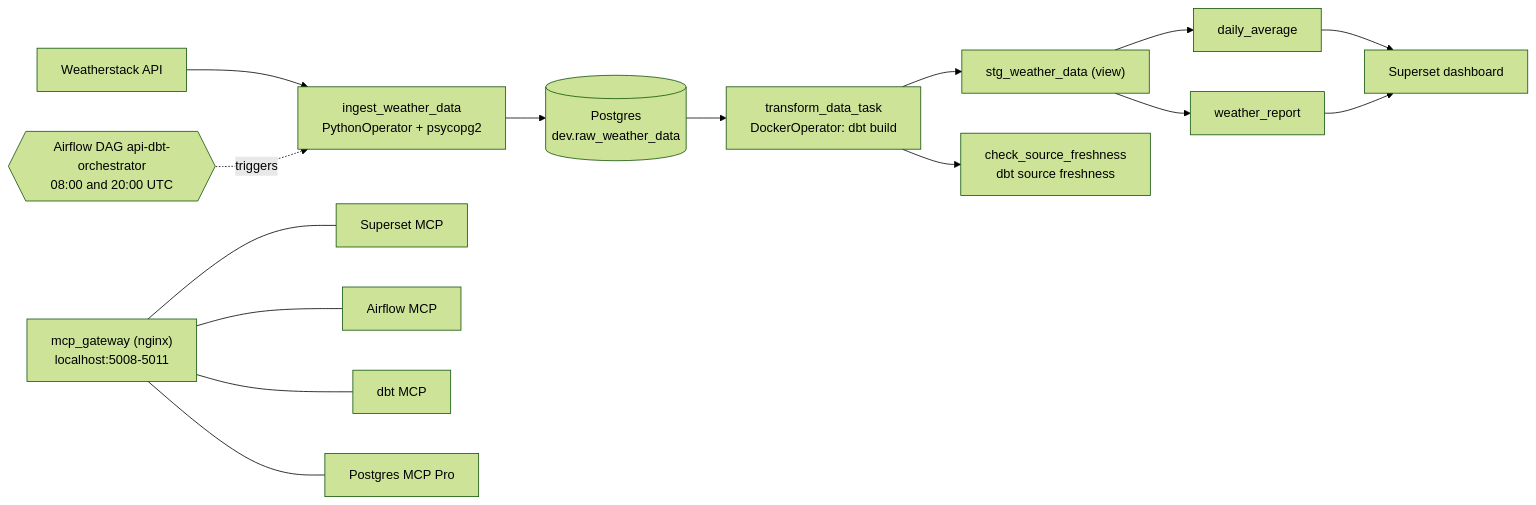
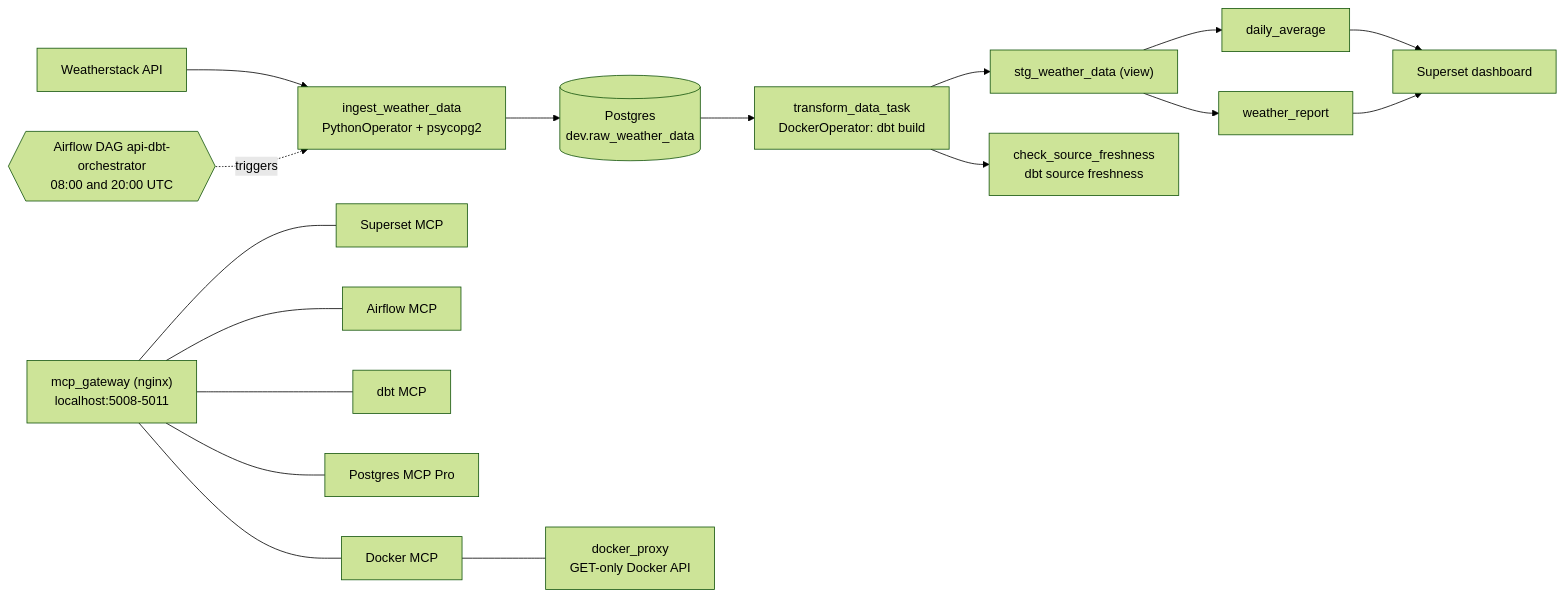
The diagram in README.md (henrymarinho90/weather-data-project), drawn with Mermaid (forest theme) before and after one commit. The commit also changed other lines of this file and 9 other files, not shown here.

First line of the commit message:
Add read-only, project-scoped Docker MCP server

````diff
--- a/README.md
+++ b/README.md
@@ -11,17 +11,18 @@
 ```mermaid
 flowchart LR
     API["Weatherstack API"] --> ING["ingest_weather_data<br/>PythonOperator + psycopg2"]
     ING --> RAW[("Postgres<br/>dev.raw_weather_data")]
     RAW --> DBT["transform_data_task<br/>DockerOperator: dbt build"]
     DBT --> STG["stg_weather_data (view)"]
     STG --> DA["daily_average"]
     STG --> WR["weather_report"]
     DA --> SS["Superset dashboard"]
     WR --> SS
     DBT --> FR["check_source_freshness<br/>dbt source freshness"]
     AF{{"Airflow DAG api-dbt-orchestrator<br/>08:00 and 20:00 UTC"}} -. triggers .-> ING
     GW["mcp_gateway (nginx)<br/>localhost:5008-5011"] --- SMCP["Superset MCP"]
     GW --- AMCP["Airflow MCP"]
     GW --- DMCP["dbt MCP"]
     GW --- PMCP["Postgres MCP Pro"]
+    GW --- XMCP["Docker MCP"] --- DP["docker_proxy<br/>GET-only Docker API"]
 ```
````
